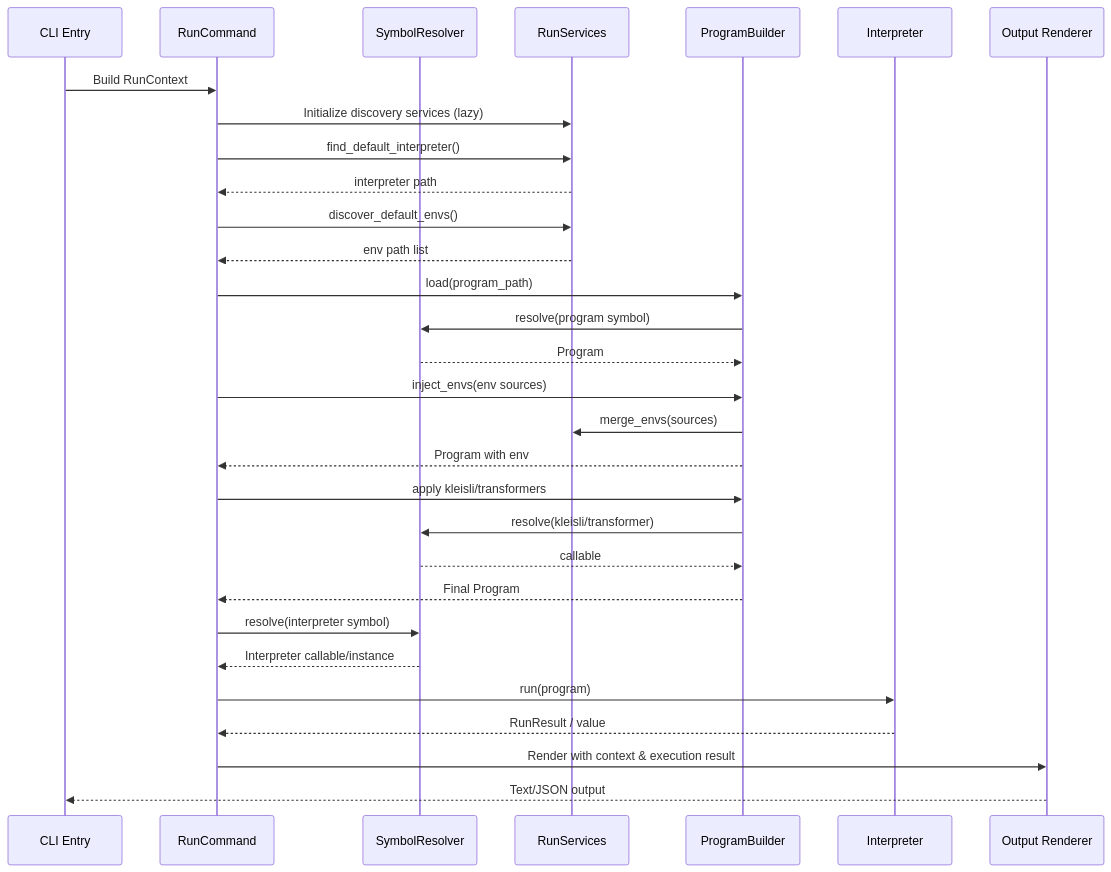
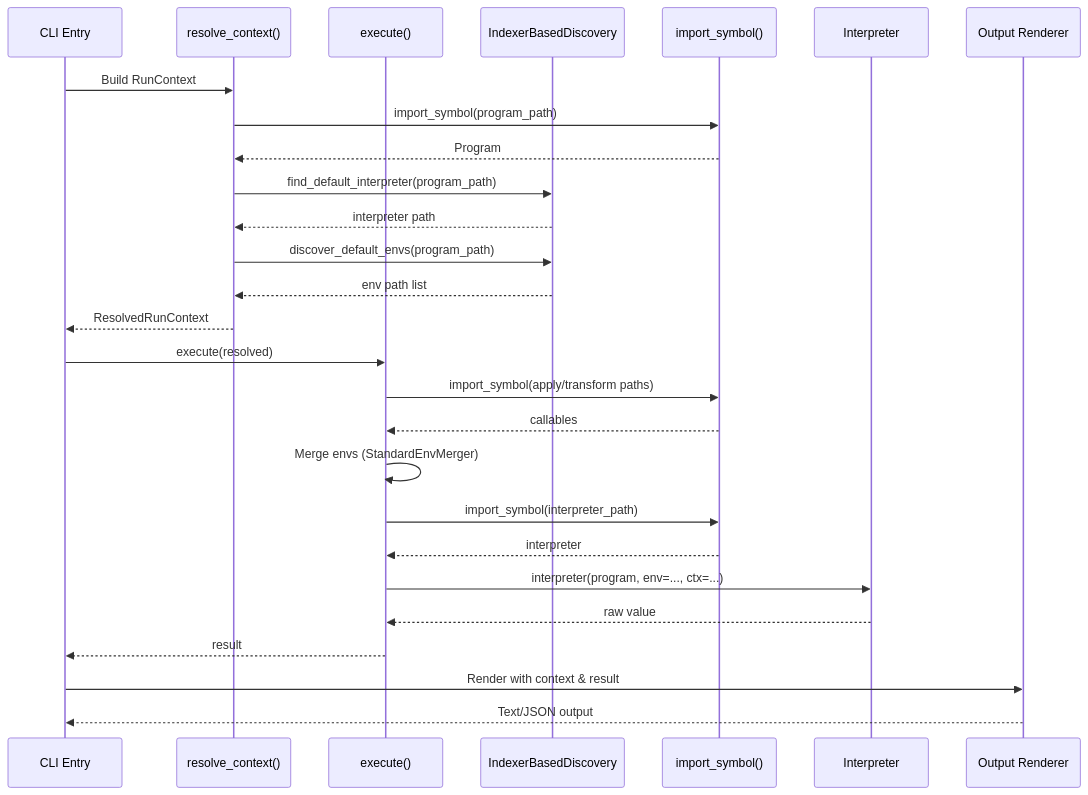
Before and after one commit to proboscis/doeff: the second of 2 diagrams in docs/cli-run-command-architecture.md, drawn with Mermaid. The commit also changed other lines of this file and 38 other files, not shown here.

````diff
--- a/docs/cli-run-command-architecture.md
+++ b/docs/cli-run-command-architecture.md
@@ -44,33 +48,30 @@
 ```mermaid
 sequenceDiagram
     participant CLI as CLI Entry
-    participant RC as RunCommand
-    participant SR as SymbolResolver
-    participant RS as RunServices
-    participant PB as ProgramBuilder
+    participant RS as resolve_context()
+    participant EX as execute()
+    participant DI as IndexerBasedDiscovery
+    participant IS as import_symbol()
     participant INT as Interpreter
     participant OUT as Output Renderer
 
-    CLI->>RC: Build RunContext
-    RC->>RS: Initialize discovery services (lazy)
-    RC->>RS: find_default_interpreter()
-    RS-->>RC: interpreter path
-    RC->>RS: discover_default_envs()
-    RS-->>RC: env path list
-    RC->>PB: load(program_path)
-    PB->>SR: resolve(program symbol)
-    SR-->>PB: Program
-    RC->>PB: inject_envs(env sources)
-    PB->>RS: merge_envs(sources)
-    PB-->>RC: Program with env
-    RC->>PB: apply kleisli/transformers
-    PB->>SR: resolve(kleisli/transformer)
-    SR-->>PB: callable
-    PB-->>RC: Final Program
-    RC->>SR: resolve(interpreter symbol)
-    SR-->>RC: Interpreter callable/instance
-    RC->>INT: run(program)
-    INT-->>RC: RunResult / value
-    RC->>OUT: Render with context & execution result
+    CLI->>RS: Build RunContext
+    RS->>IS: import_symbol(program_path)
+    IS-->>RS: Program
+    RS->>DI: find_default_interpreter(program_path)
+    DI-->>RS: interpreter path
+    RS->>DI: discover_default_envs(program_path)
+    DI-->>RS: env path list
+    RS-->>CLI: ResolvedRunContext
+    CLI->>EX: execute(resolved)
+    EX->>IS: import_symbol(apply/transform paths)
+    IS-->>EX: callables
+    EX->>EX: Merge envs (StandardEnvMerger)
+    EX->>IS: import_symbol(interpreter_path)
+    IS-->>EX: interpreter
+    EX->>INT: interpreter(program, env=..., ctx=...)
+    INT-->>EX: raw value
+    EX-->>CLI: result
+    CLI->>OUT: Render with context & result
     OUT-->>CLI: Text/JSON output
 ```
````
